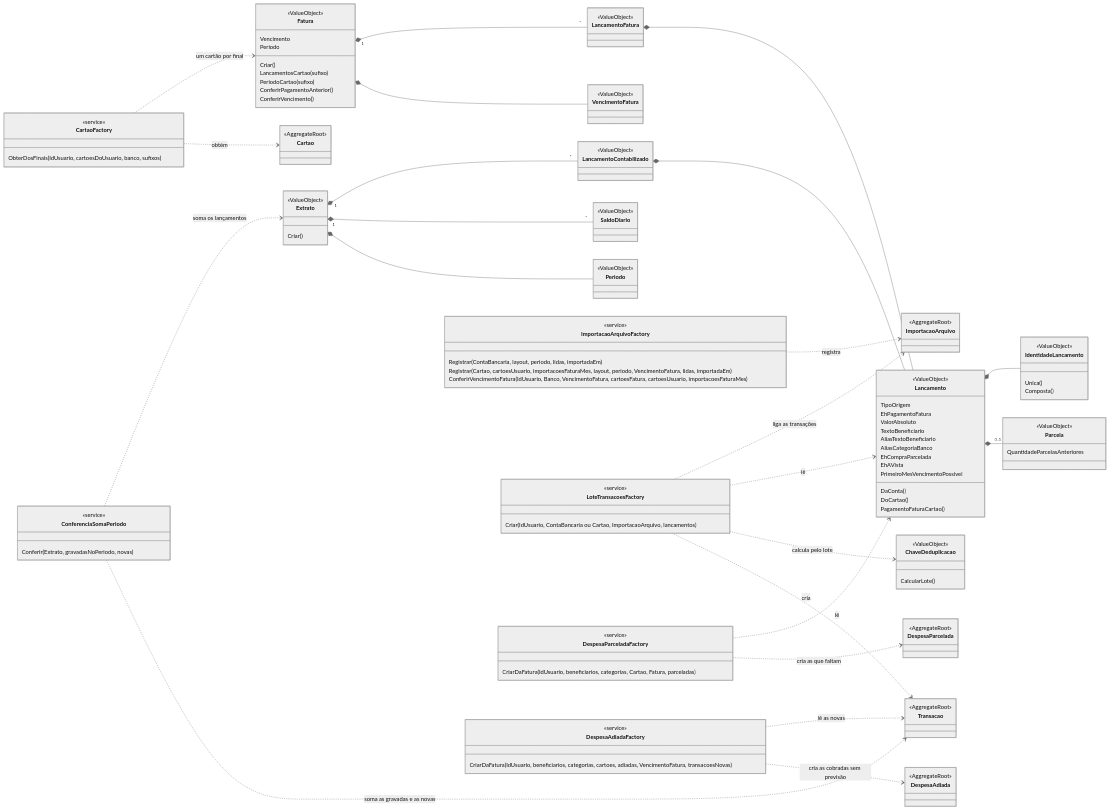
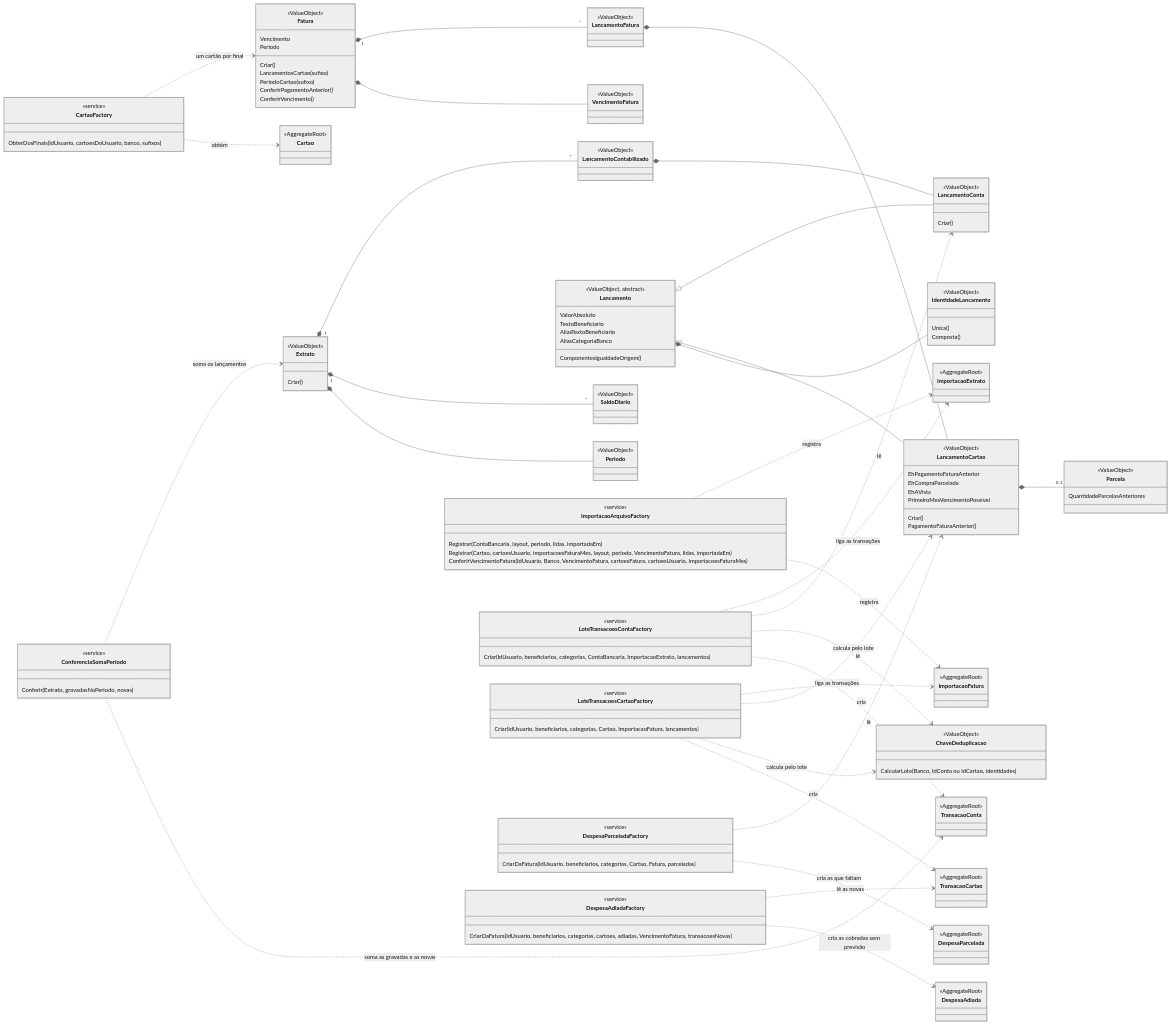
Before and after one commit to humbertosampaio/controle-financeiro: the second of 2 diagrams in docs/modelo-de-dominio.md, drawn with Mermaid (neutral theme). The commit also changed other lines of this file and 5 other files, not shown here.

First line of the commit message:
docs(dominio): Registra a herança por origem

````diff
--- a/docs/modelo-de-dominio.md
+++ b/docs/modelo-de-dominio.md
@@ -409,16 +417,22 @@
         <<ValueObject>>
     }
     class Lancamento {
-        <<ValueObject>>
-        DaConta()
-        DoCartao()
-        PagamentoFaturaCartao()
-        TipoOrigem
-        EhPagamentoFatura
+        <<ValueObject, abstract>>
         ValorAbsoluto
         TextoBeneficiario
         AliasTextoBeneficiario
         AliasCategoriaBanco
+        ComponentesIgualdadeOrigem()
+    }
+    class LancamentoConta {
+        <<ValueObject>>
+        Criar()
+    }
+    class LancamentoCartao {
+        <<ValueObject>>
+        Criar()
+        PagamentoFaturaAnterior()
+        EhPagamentoFaturaAnterior
         EhCompraParcelada
         EhAVista
         PrimeiroMesVencimentoPossivel
@@ -436,7 +450,7 @@
     }
     class ChaveDeduplicacao {
         <<ValueObject>>
-        CalcularLote()
+        CalcularLote(Banco, IdConta ou IdCartao, identidades)
     }
     class ConferenciaSomaPeriodo {
         <<service>>
@@ -448,9 +462,13 @@
         Registrar(Cartao, cartoesUsuario, importacoesFaturaMes, layout, periodo, VencimentoFatura, lidas, importadaEm)
         ConferirVencimentoFatura(IdUsuario, Banco, VencimentoFatura, cartoesFatura, cartoesUsuario, importacoesFaturaMes)
     }
-    class LoteTransacoesFactory {
+    class LoteTransacoesContaFactory {
         <<service>>
-        Criar(IdUsuario, ContaBancaria ou Cartao, ImportacaoArquivo, lancamentos)
+        Criar(IdUsuario, beneficiarios, categorias, ContaBancaria, ImportacaoExtrato, lancamentos)
+    }
+    class LoteTransacoesCartaoFactory {
+        <<service>>
+        Criar(IdUsuario, beneficiarios, categorias, Cartao, ImportacaoFatura, lancamentos)
     }
     class DespesaParceladaFactory {
         <<service>>
@@ -466,33 +484,46 @@
     class DespesaAdiada {
         <<AggregateRoot>>
     }
-    class ImportacaoArquivo {
+    class ImportacaoExtrato {
         <<AggregateRoot>>
     }
-    class Transacao {
+    class ImportacaoFatura {
+        <<AggregateRoot>>
+    }
+    class TransacaoConta {
+        <<AggregateRoot>>
+    }
+    class TransacaoCartao {
         <<AggregateRoot>>
     }
 
     Extrato "1" *-- "*" LancamentoContabilizado
     Extrato "1" *-- "*" SaldoDiario
     Extrato *-- Periodo
-    LancamentoContabilizado *-- Lancamento
+    LancamentoContabilizado *-- LancamentoConta
+    Lancamento <|-- LancamentoConta
+    Lancamento <|-- LancamentoCartao
     Lancamento *-- IdentidadeLancamento
-    Lancamento *-- "0..1" Parcela
+    LancamentoCartao *-- "0..1" Parcela
     Fatura "1" *-- "*" LancamentoFatura
     Fatura *-- VencimentoFatura
-    LancamentoFatura *-- Lancamento
+    LancamentoFatura *-- LancamentoCartao
     CartaoFactory ..> Fatura : um cartão por final
     CartaoFactory ..> Cartao : obtém
     ConferenciaSomaPeriodo ..> Extrato : soma os lançamentos
-    ConferenciaSomaPeriodo ..> Transacao : soma as gravadas e as novas
-    ImportacaoArquivoFactory ..> ImportacaoArquivo : registra
-    LoteTransacoesFactory ..> ImportacaoArquivo : liga as transações
-    LoteTransacoesFactory ..> Lancamento : lê
-    LoteTransacoesFactory ..> ChaveDeduplicacao : calcula pelo lote
-    LoteTransacoesFactory ..> Transacao : cria
-    DespesaParceladaFactory ..> Lancamento : lê
+    ConferenciaSomaPeriodo ..> TransacaoConta : soma as gravadas e as novas
+    ImportacaoArquivoFactory ..> ImportacaoExtrato : registra
+    ImportacaoArquivoFactory ..> ImportacaoFatura : registra
+    LoteTransacoesContaFactory ..> ImportacaoExtrato : liga as transações
+    LoteTransacoesContaFactory ..> LancamentoConta : lê
+    LoteTransacoesContaFactory ..> ChaveDeduplicacao : calcula pelo lote
+    LoteTransacoesContaFactory ..> TransacaoConta : cria
+    LoteTransacoesCartaoFactory ..> ImportacaoFatura : liga as transações
+    LoteTransacoesCartaoFactory ..> LancamentoCartao : lê
+    LoteTransacoesCartaoFactory ..> ChaveDeduplicacao : calcula pelo lote
+    LoteTransacoesCartaoFactory ..> TransacaoCartao : cria
+    DespesaParceladaFactory ..> LancamentoCartao : lê
     DespesaParceladaFactory ..> DespesaParcelada : cria as que faltam
-    DespesaAdiadaFactory ..> Transacao : lê as novas
+    DespesaAdiadaFactory ..> TransacaoCartao : lê as novas
     DespesaAdiadaFactory ..> DespesaAdiada : cria as cobradas sem previsão
 ```
````
